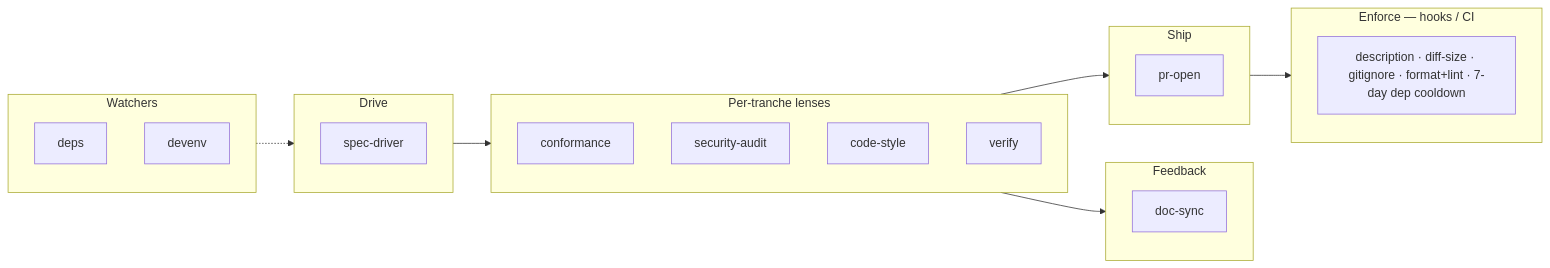
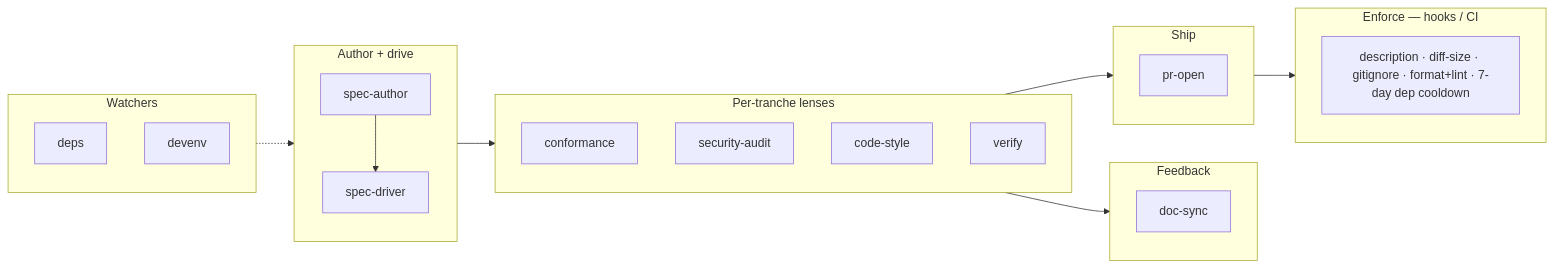
Before and after one commit to hbulgarini/mn-passport-sdk: the second of 2 diagrams in docs/development-workflow.md, drawn with Mermaid. The commit also changed other lines of this file and 51 other files, not shown here.

````diff
--- a/docs/development-workflow.md
+++ b/docs/development-workflow.md
@@ -254,29 +271,31 @@
 ```mermaid
 flowchart LR
-  subgraph DRIVE["Drive"]
+  subgraph DRIVE["Author + drive"]
+    D0["spec-author"]
     D1["spec-driver"]
+    D0 --> D1
   end
   subgraph LENSES["Per-tranche lenses"]
     C1["conformance"]
     C2["security-audit"]
     C3["code-style"]
     C4["verify"]
   end
   subgraph FEEDBACK["Feedback"]
     F1["doc-sync"]
   end
   subgraph SHIP["Ship"]
     S1["pr-open"]
   end
   subgraph WATCH["Watchers"]
     W1["deps"]
     W2["devenv"]
   end
   subgraph ENFORCE["Enforce — hooks / CI"]
     E1["description · diff-size · gitignore · format+lint · 7-day dep cooldown"]
   end
 
   DRIVE --> LENSES --> SHIP --> ENFORCE
   LENSES --> FEEDBACK
   WATCH -.-> DRIVE
 ```
````
